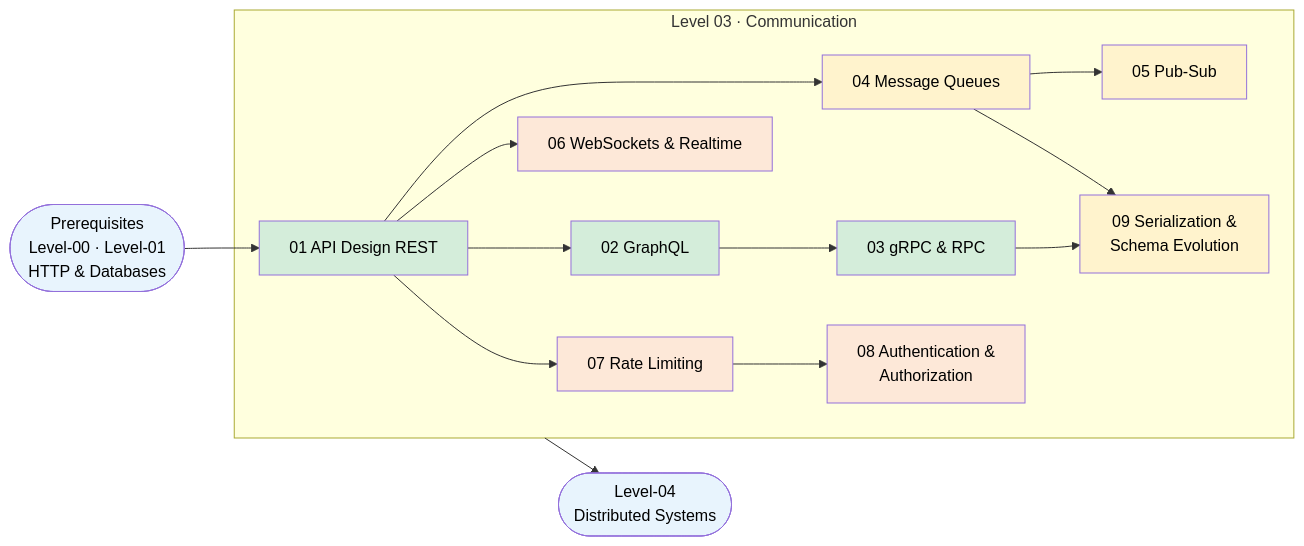
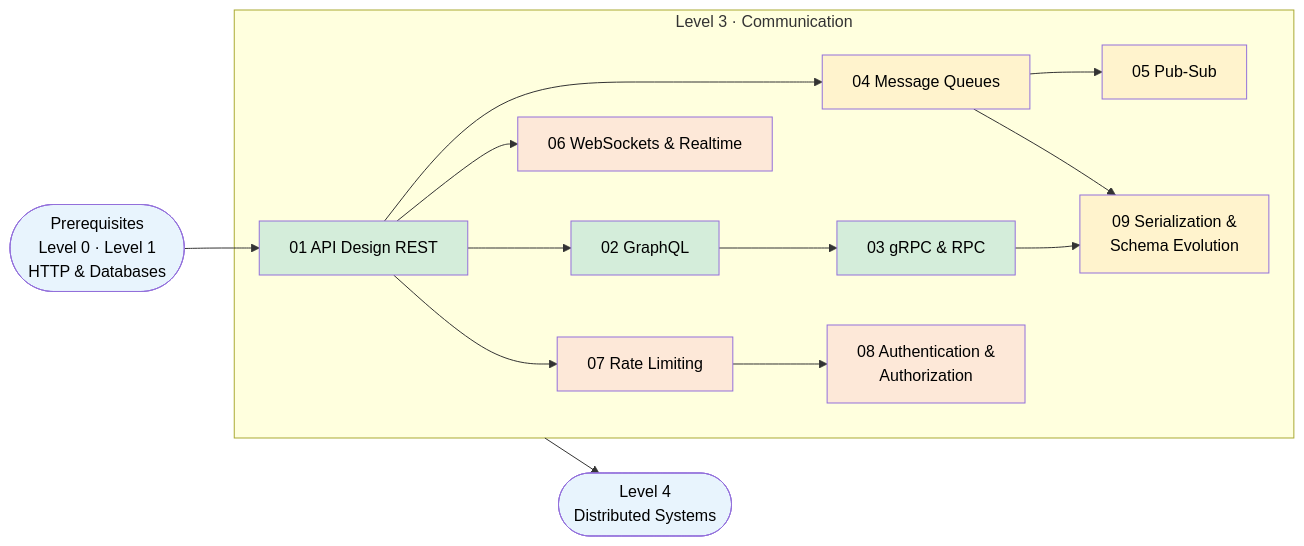
The diagram in Level-03-Communication/README.md (Ankan1998/learn-system-design), drawn with Mermaid before and after one commit. The commit also changed other lines of this file and 139 other files, not shown here.

````diff
--- a/Level-03-Communication/README.md
+++ b/Level-03-Communication/README.md
@@ -25,30 +25,30 @@
 ```mermaid
 flowchart LR
-    A([Prerequisites<br/>Level-00 · Level-01<br/>HTTP & Databases]) --> B
+    A([Prerequisites<br/>Level 0 · Level 1<br/>HTTP & Databases]) --> B
 
-    subgraph L3["Level 03 · Communication"]
+    subgraph L3["Level 3 · Communication"]
         B[01 API Design REST] --> C[02 GraphQL]
         C --> D[03 gRPC & RPC]
         B --> E[04 Message Queues]
         E --> F[05 Pub-Sub]
         B --> G[06 WebSockets & Realtime]
         B --> H[07 Rate Limiting]
         H --> I[08 Authentication &<br/>Authorization]
         D --> J[09 Serialization &<br/>Schema Evolution]
         E --> J
     end
 
-    L3 --> Z([Level-04<br/>Distributed Systems])
+    L3 --> Z([Level 4<br/>Distributed Systems])
 
     style A fill:#e8f4fd,color:#000
     style Z fill:#e8f4fd,color:#000
     style B fill:#d4edda,color:#000
     style C fill:#d4edda,color:#000
     style D fill:#d4edda,color:#000
     style E fill:#fff3cd,color:#000
     style F fill:#fff3cd,color:#000
     style G fill:#fde8d8,color:#000
     style H fill:#fde8d8,color:#000
     style I fill:#fde8d8,color:#000
     style J fill:#fff3cd,color:#000
 ```
````
